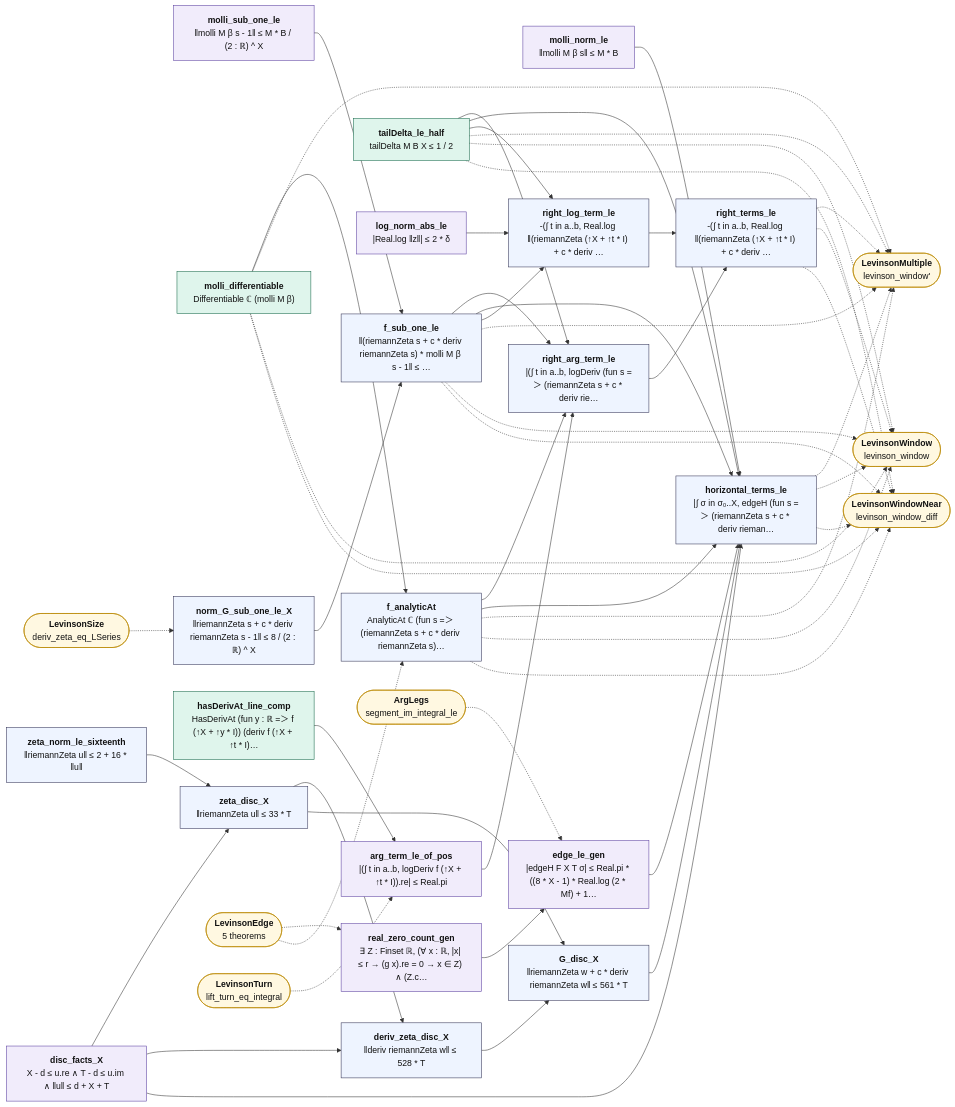
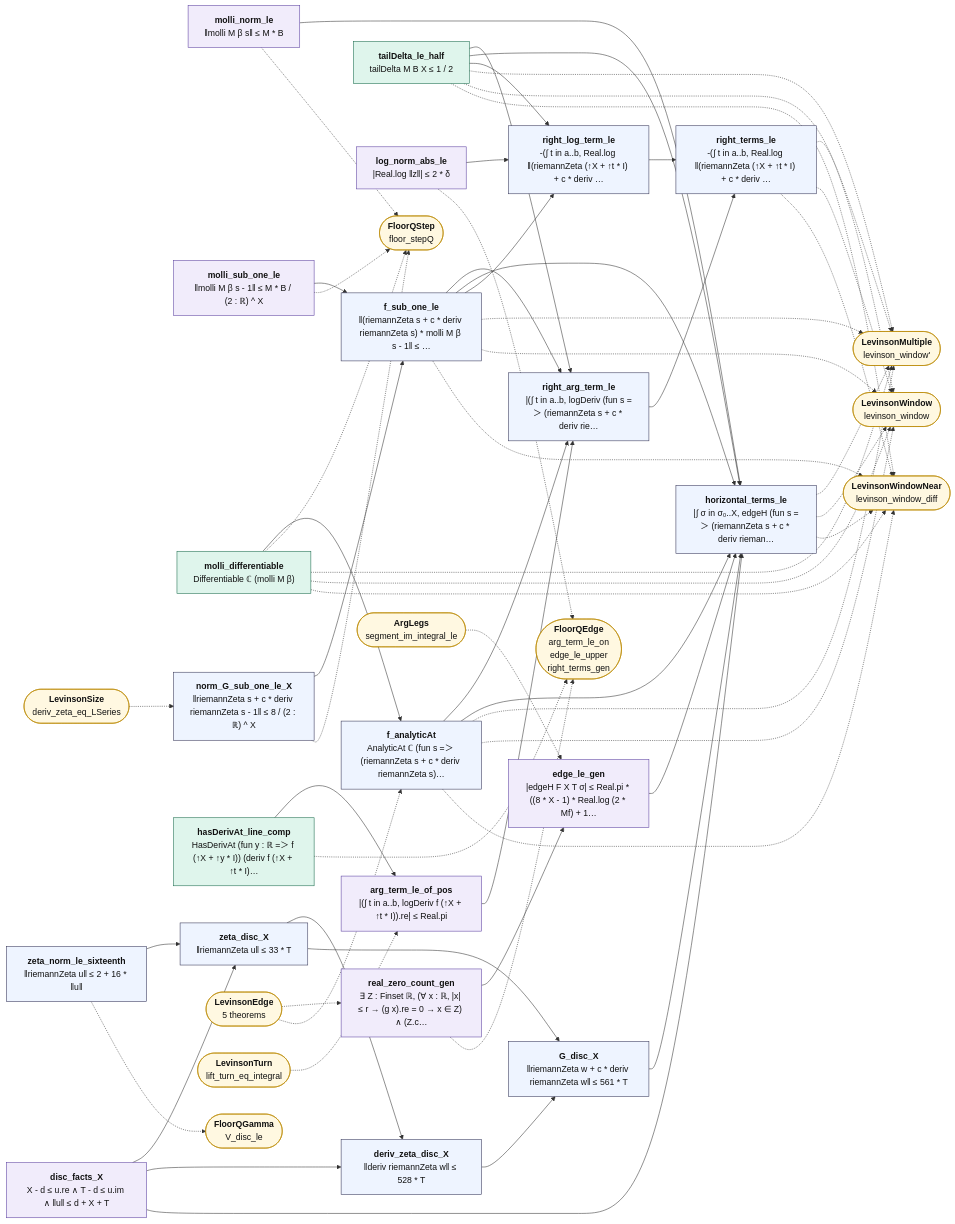
Before and after one commit to juliansambranojr/Primebeat_081426: the diagram in map/lean_stage3/LevinsonMollEdge.md, drawn with Mermaid. The commit also changed other lines of this file and 70 other files, not shown here.

```diff
--- a/map/lean_stage3/LevinsonMollEdge.md
+++ b/map/lean_stage3/LevinsonMollEdge.md
@@ -34,13 +34,16 @@
   n18["<b>real_zero_count_gen</b><br/>∃ Z : Finset ℝ, (∀ x : ℝ, |x| ≤ r → (g x).re = 0 → x ∈ Z) ∧ (Z.c…"]:::shp
   n19["<b>edge_le_gen</b><br/>|edgeH F X T σ| ≤ Real.pi * ((8 * X - 1) * Real.log (2 * Mf) + 1…"]:::shp
   n20["<b>horizontal_terms_le</b><br/>|∫ σ in σ₀..X, edgeH (fun s =＞ (riemannZeta s + c * deriv rieman…"]:::thm
-  x0(["<b>LevinsonMultiple</b><br/>levinson_window'"]):::ext
-  x1(["<b>LevinsonWindow</b><br/>levinson_window"]):::ext
-  x2(["<b>LevinsonWindowNear</b><br/>levinson_window_diff"]):::ext
-  x3(["<b>LevinsonSize</b><br/>deriv_zeta_eq_LSeries"]):::ext
-  x4(["<b>LevinsonEdge</b><br/>5 theorems"]):::ext
-  x5(["<b>LevinsonTurn</b><br/>lift_turn_eq_integral"]):::ext
-  x6(["<b>ArgLegs</b><br/>segment_im_integral_le"]):::ext
+  x0(["<b>FloorQStep</b><br/>floor_stepQ"]):::ext
+  x1(["<b>LevinsonMultiple</b><br/>levinson_window'"]):::ext
+  x2(["<b>LevinsonWindow</b><br/>levinson_window"]):::ext
+  x3(["<b>LevinsonWindowNear</b><br/>levinson_window_diff"]):::ext
+  x4(["<b>LevinsonSize</b><br/>deriv_zeta_eq_LSeries"]):::ext
+  x5(["<b>FloorQEdge</b><br/>arg_term_le_on<br/>edge_le_upper<br/>right_terms_gen"]):::ext
+  x6(["<b>LevinsonEdge</b><br/>5 theorems"]):::ext
+  x7(["<b>LevinsonTurn</b><br/>lift_turn_eq_integral"]):::ext
+  x8(["<b>FloorQGamma</b><br/>V_disc_le"]):::ext
+  x9(["<b>ArgLegs</b><br/>segment_im_integral_le"]):::ext
   n0 --> n20
   n1 --> n4
   n10 --> n11
@@ -68,29 +71,37 @@
   n8 --> n11
   n8 --> n20
   n9 --> n12
-  n12 -.-> x0
+  n0 -.-> x0
+  n1 -.-> x0
   n12 -.-> x1
   n12 -.-> x2
+  n12 -.-> x3
+  n13 -.-> x8
+  n18 -.-> x5
   n2 -.-> x0
   n2 -.-> x1
   n2 -.-> x2
-  n20 -.-> x0
+  n2 -.-> x3
   n20 -.-> x1
   n20 -.-> x2
-  n4 -.-> x0
+  n20 -.-> x3
+  n3 -.-> x0
   n4 -.-> x1
   n4 -.-> x2
-  n5 -.-> x0
+  n4 -.-> x3
   n5 -.-> x1
   n5 -.-> x2
-  n8 -.-> x0
+  n5 -.-> x3
+  n6 -.-> x5
+  n7 -.-> x5
   n8 -.-> x1
   n8 -.-> x2
-  x3 -.-> n3
-  x4 -.-> n18
-  x4 -.-> n8
-  x5 -.-> n10
-  x6 -.-> n19
+  n8 -.-> x3
+  x4 -.-> n3
+  x6 -.-> n18
+  x6 -.-> n8
+  x7 -.-> n10
+  x9 -.-> n19
   classDef cnt fill:#dff5ec,stroke:#17694a,color:#111
   classDef shp fill:#f1ecfb,stroke:#5b3fa0,color:#111
   classDef rh fill:#ffe5e5,stroke:#c22,color:#111,stroke-width:2px
```
